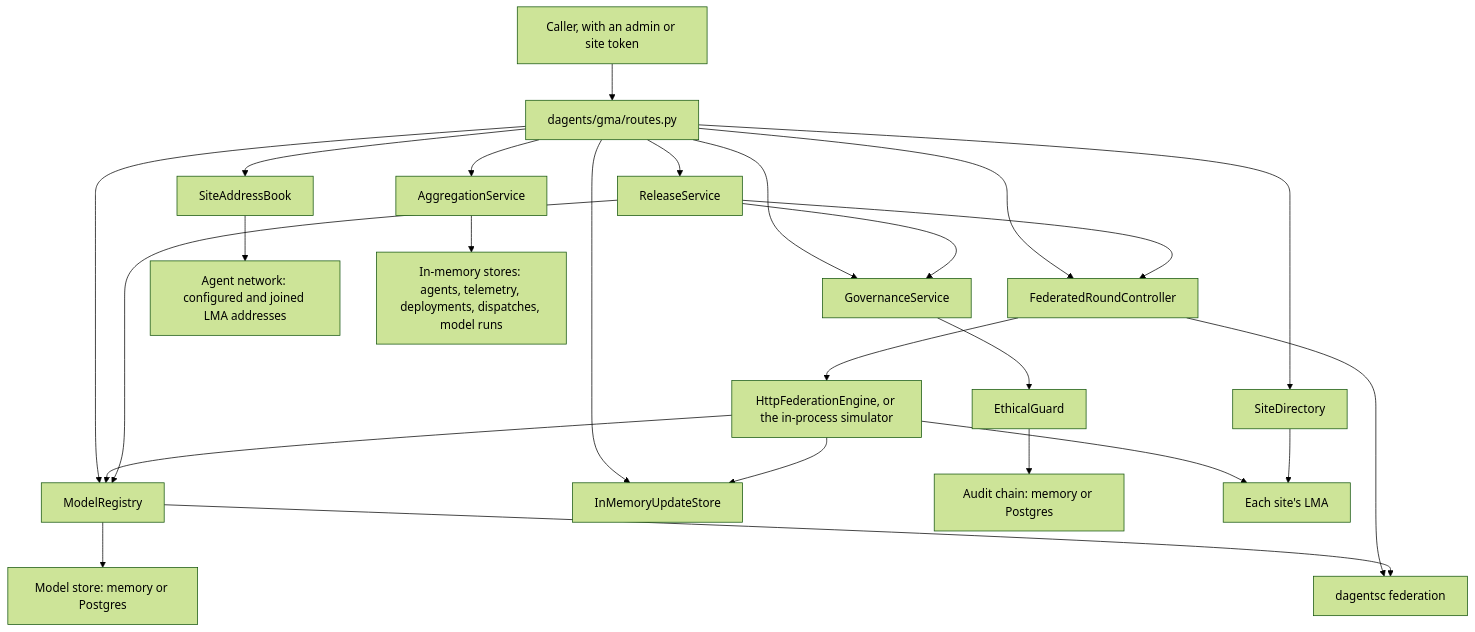
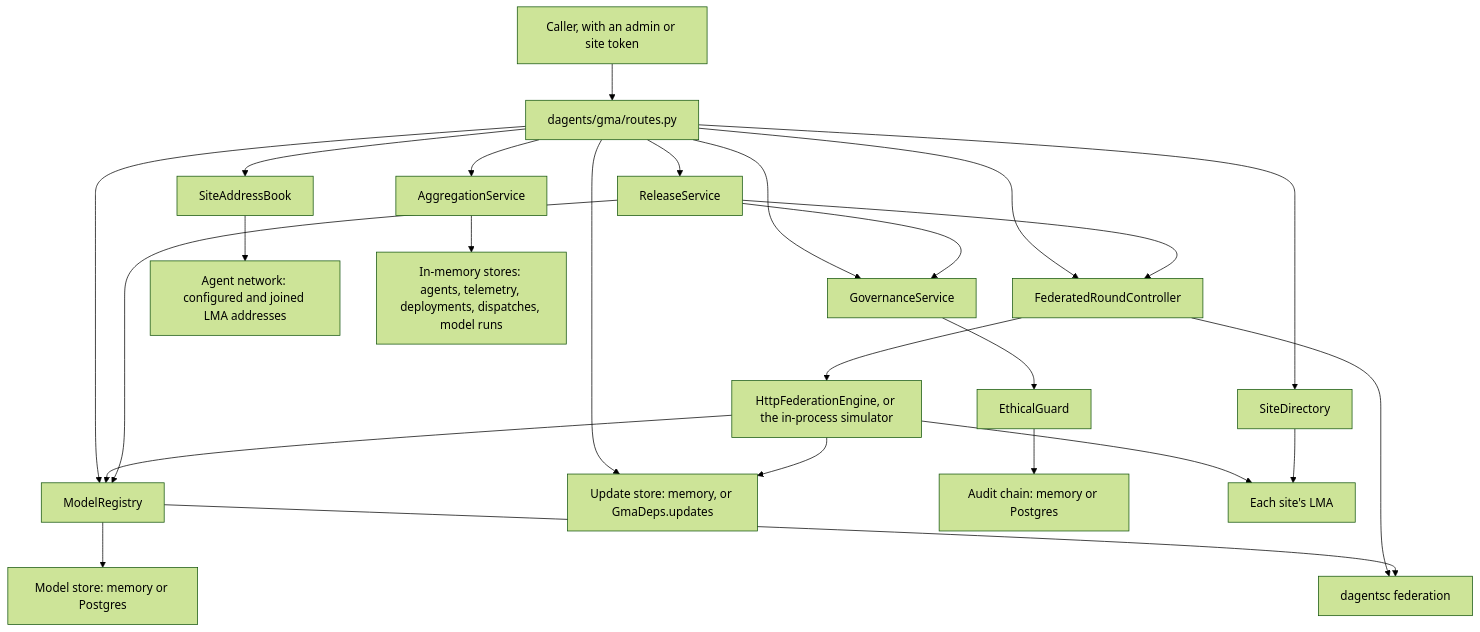
The eighth of 12 diagrams in docs/reference/api/agents.md (pradyunuydarp/Dagents), drawn with Mermaid (forest theme) before and after one commit. The commit also changed other lines of this file and 29 other files, not shown here.

````diff
--- a/docs/reference/api/agents.md
+++ b/docs/reference/api/agents.md
@@ -1546,27 +1549,27 @@
 ```mermaid
 flowchart TB
     Caller["Caller, with an admin or site token"] --> Routes["dagents/gma/routes.py"]
     Routes --> Aggregation["AggregationService"]
     Routes --> Governance["GovernanceService"]
     Routes --> Rounds["FederatedRoundController"]
     Routes --> Directory["SiteDirectory"]
     Routes --> Models["ModelRegistry"]
-    Routes --> Updates["InMemoryUpdateStore"]
+    Routes --> Updates["Update store: memory, or GmaDeps.updates"]
     Routes --> Releases["ReleaseService"]
     Routes --> Addresses["SiteAddressBook"]
     Addresses --> Network["Agent network: configured and joined LMA addresses"]
     Aggregation --> Stores["In-memory stores: agents, telemetry, deployments, dispatches, model runs"]
     Governance --> Guard["EthicalGuard"]
     Guard --> Audit["Audit chain: memory or Postgres"]
     Rounds --> Engine["HttpFederationEngine, or the in-process simulator"]
     Engine --> LMAs["Each site's LMA"]
     Engine --> Updates
     Engine --> Models
     Directory --> LMAs
     Models --> ModelStore["Model store: memory or Postgres"]
     Releases --> Rounds
     Releases --> Models
     Releases --> Governance
     Rounds --> Federation["dagentsc federation"]
     Models --> Federation
 ```
````
